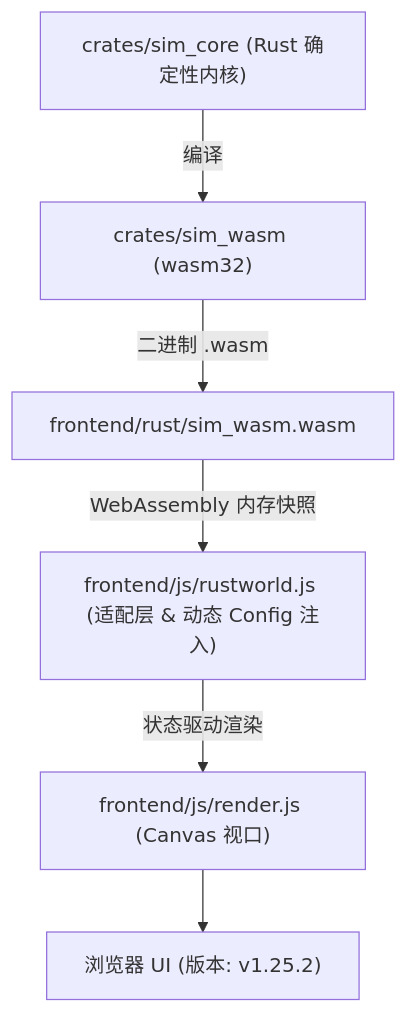
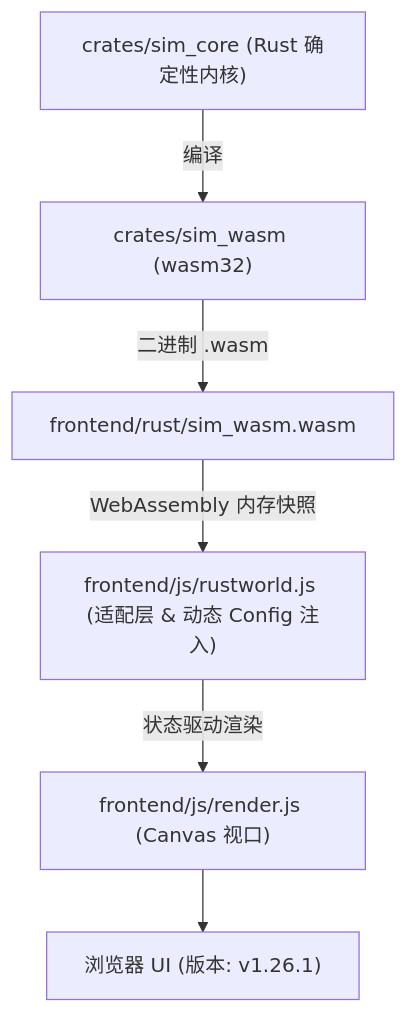
One commit to g39088902/FlowAndAccord changed the diagram in AGENTS.md. Above: the diagram before and after it, drawn with Mermaid. The commit also changed other lines of this file and 38 other files, not shown here.

````diff
--- a/AGENTS.md
+++ b/AGENTS.md
@@ -51,8 +51,8 @@
 ```mermaid
 graph TD
     A["crates/sim_core (Rust 确定性内核)"] -->|编译| B["crates/sim_wasm (wasm32)"]
     B -->|二进制 .wasm| C["frontend/rust/sim_wasm.wasm"]
     C -->|WebAssembly 内存快照| D["frontend/js/rustworld.js (适配层 & 动态 Config 注入)"]
     D -->|状态驱动渲染| E["frontend/js/render.js (Canvas 视口)"]
-    E --> F["浏览器 UI (版本: v1.25.2)"]
+    E --> F["浏览器 UI (版本: v1.26.1)"]
 ```
````
